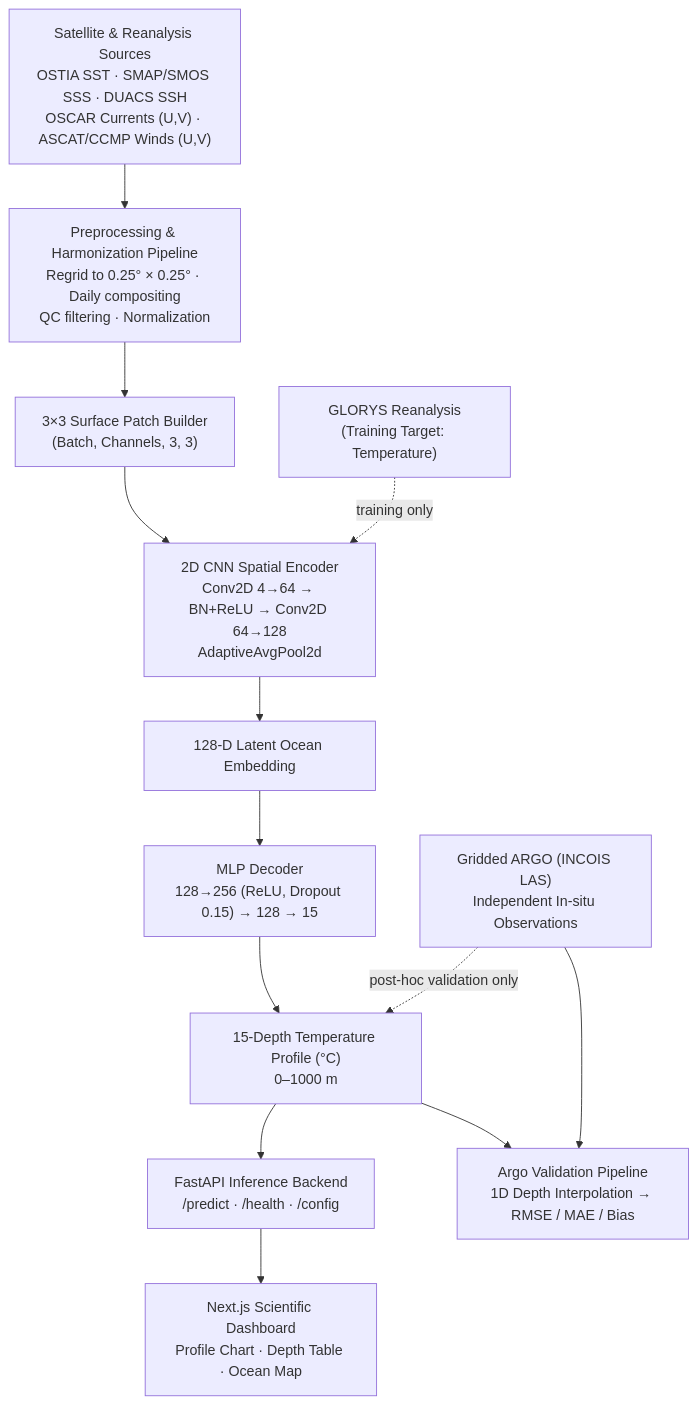
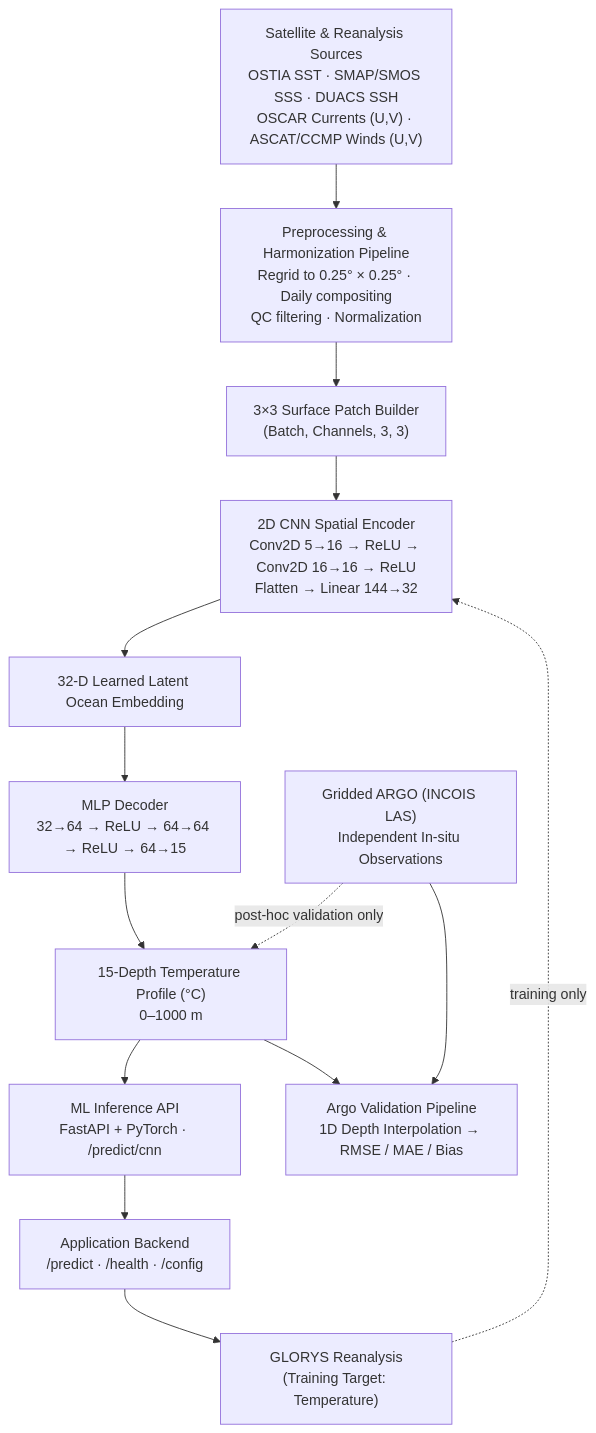
Before and after one commit to shivamdhama9650/SIH26: the diagram in README.md, drawn with Mermaid. The commit also changed other lines of this file and 6 other files, not shown here.

````diff
--- a/README.md
+++ b/README.md
@@ -49,16 +50,18 @@
 ```mermaid
 flowchart TD
     A["Satellite & Reanalysis Sources<br/>OSTIA SST · SMAP/SMOS SSS · DUACS SSH<br/>OSCAR Currents (U,V) · ASCAT/CCMP Winds (U,V)"] --> B["Preprocessing & Harmonization Pipeline<br/>Regrid to 0.25° × 0.25° · Daily compositing<br/>QC filtering · Normalization"]
     B --> C["3×3 Surface Patch Builder<br/>(Batch, Channels, 3, 3)"]
-    C --> D["2D CNN Spatial Encoder<br/>Conv2D 4→64 → BN+ReLU → Conv2D 64→128<br/>AdaptiveAvgPool2d"]
-    D --> E["128-D Latent Ocean Embedding"]
-    E --> F["MLP Decoder<br/>128→256 (ReLU, Dropout 0.15) → 128 → 15"]
+    C --> D["2D CNN Spatial Encoder<br/>Conv2D 5→16 → ReLU → Conv2D 16→16 → ReLU<br/>Flatten → Linear 144→32"]
+    D --> E["32-D Learned Latent Ocean Embedding"]
+    E --> F["MLP Decoder<br/>32→64 → ReLU → 64→64 → ReLU → 64→15"]
     F --> G["15-Depth Temperature Profile (°C)<br/>0–1000 m"]
-    G --> H["FastAPI Inference Backend<br/>/predict · /health · /config"]
-    H --> I["Next.js Scientific Dashboard<br/>Profile Chart · Depth Table · Ocean Map"]
+    G --> H["ML Inference API<br/>FastAPI + PyTorch · /predict/cnn"]
+    H --> I["Application Backend<br/>/predict · /health · /config"]
+    I --> J["Next.js Scientific Dashboard<br/>Profile Chart · Depth Table · Ocean Map"]
 
     J["GLORYS Reanalysis<br/>(Training Target: Temperature)"] -.training only.-> D
     K["Gridded ARGO (INCOIS LAS)<br/>Independent In-situ Observations"] -.post-hoc validation only.-> G
     K --> L["Argo Validation Pipeline<br/>1D Depth Interpolation → RMSE / MAE / Bias"]
     G --> L
+
 ```
````
